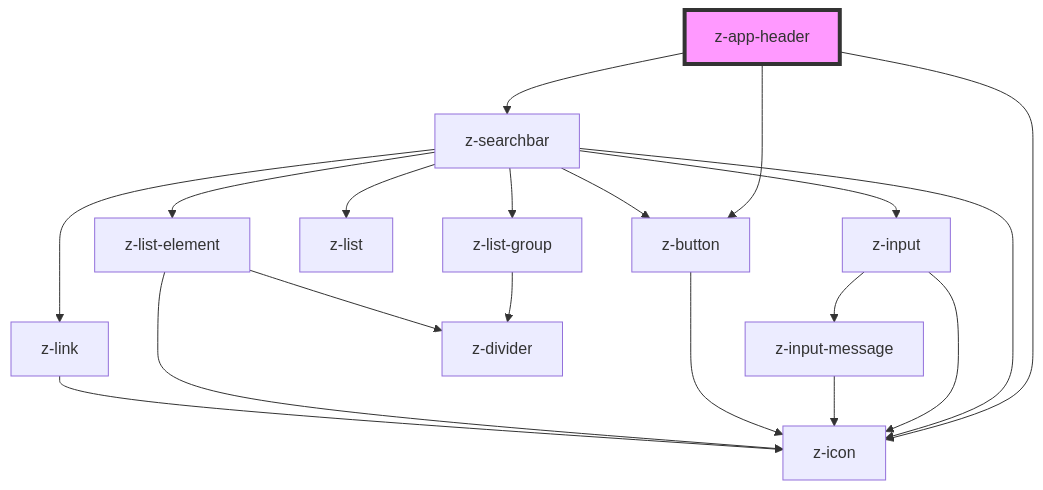
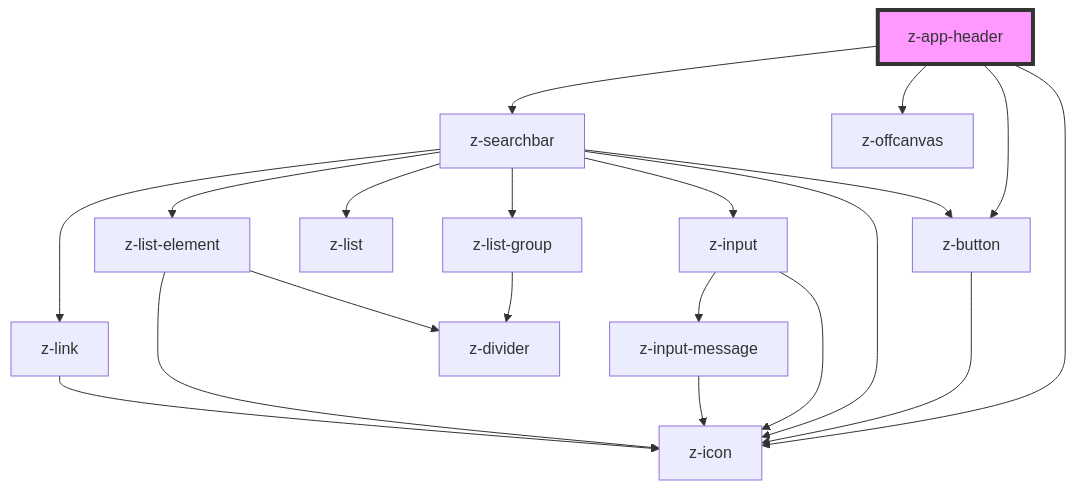
Before and after one commit to ZanichelliEditore/design-system: the diagram in src/components/navigation/z-app-header/readme.md, drawn with Mermaid. The commit also changed other lines of this file and 5 other files, not shown here.

Commit message:
refactor: use offcanvas component in app header

````diff
--- a/src/components/navigation/z-app-header/readme.md
+++ b/src/components/navigation/z-app-header/readme.md
@@ -46,22 +46,23 @@
 ```mermaid
 graph TD;
+  z-app-header --> z-button
   z-app-header --> z-icon
   z-app-header --> z-searchbar
-  z-app-header --> z-button
+  z-app-header --> z-offcanvas
+  z-button --> z-icon
   z-searchbar --> z-input
   z-searchbar --> z-button
   z-searchbar --> z-list
   z-searchbar --> z-list-group
   z-searchbar --> z-list-element
   z-searchbar --> z-icon
   z-searchbar --> z-link
   z-input --> z-icon
   z-input --> z-input-message
   z-input-message --> z-icon
-  z-button --> z-icon
   z-list-group --> z-divider
   z-list-element --> z-icon
   z-list-element --> z-divider
   z-link --> z-icon
   style z-app-header fill:#f9f,stroke:#333,stroke-width:4px
 ```
````
